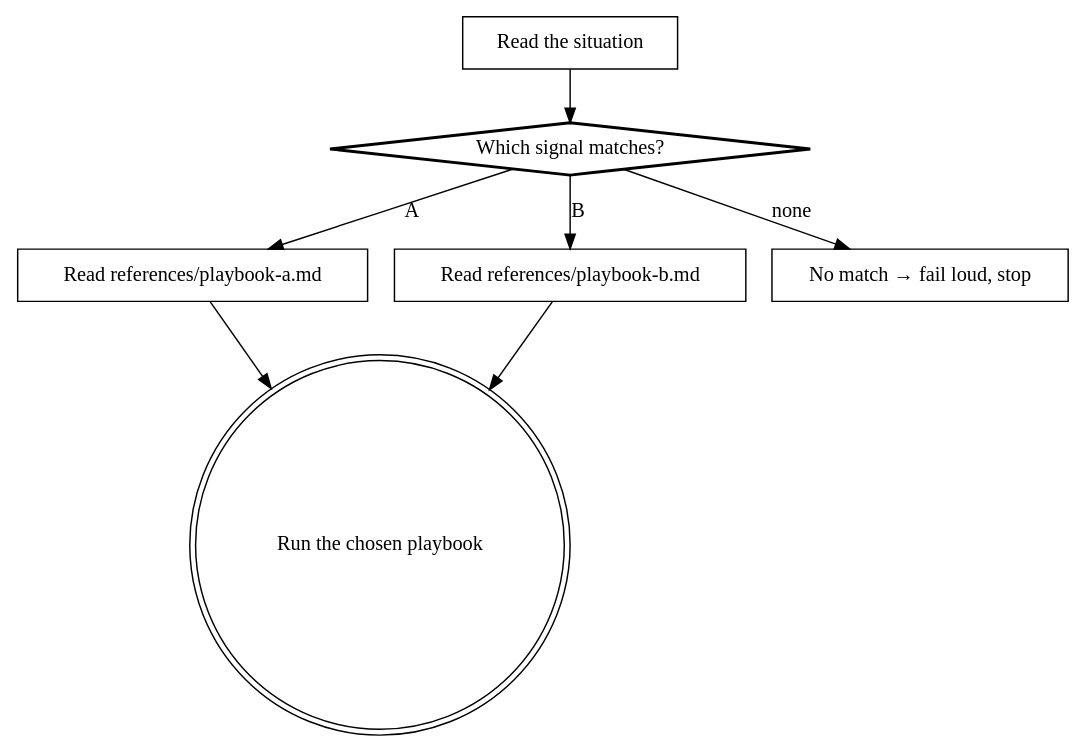
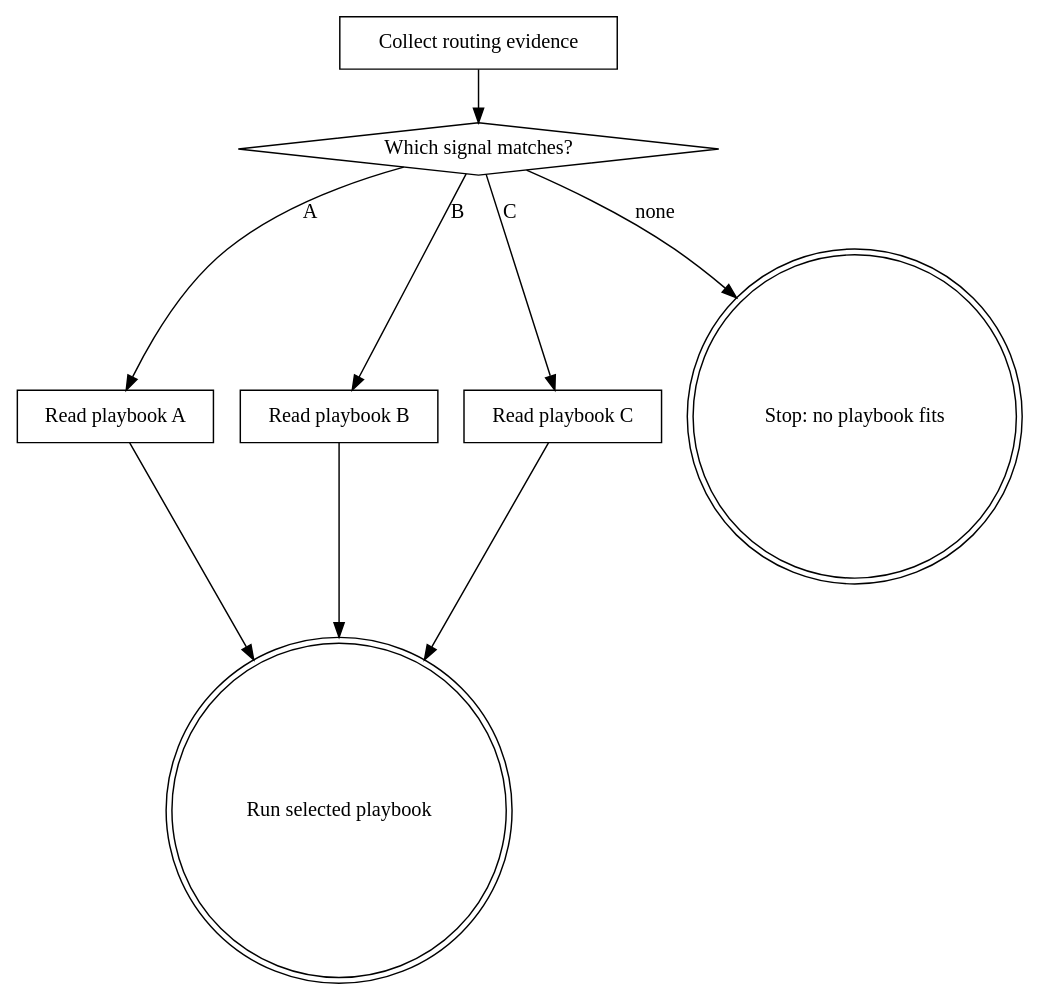
One commit to waynejing995/wayne-taste changed the diagram in wayne-skill-forge/templates/skill-template-router.md. Above: the diagram before and after it, drawn with Graphviz. The commit also changed other lines of this file and 19 other files, not shown here.

````diff
--- a/wayne-skill-forge/templates/skill-template-router.md
+++ b/wayne-skill-forge/templates/skill-template-router.md
@@ -54,19 +28,22 @@
 ```dot
 digraph <name> {
     rankdir=TB;
 
-    "Read the situation" [shape=box];
-    "Which signal matches?" [shape=diamond, style=bold];
-    "Read references/playbook-a.md" [shape=box];
-    "Read references/playbook-b.md" [shape=box];
-    "No match → fail loud, stop" [shape=box];
-    "Run the chosen playbook" [shape=doublecircle];
+    A [label="Collect routing evidence", shape=box];
+    B [label="Which signal matches?", shape=diamond];
+    C [label="Read playbook A", shape=box];
+    D [label="Read playbook B", shape=box];
+    E [label="Read playbook C", shape=box];
+    X [label="Stop: no playbook fits", shape=doublecircle];
+    G [label="Run selected playbook", shape=doublecircle];
 
-    "Read the situation" -> "Which signal matches?";
-    "Which signal matches?" -> "Read references/playbook-a.md" [label="A"];
-    "Which signal matches?" -> "Read references/playbook-b.md" [label="B"];
-    "Which signal matches?" -> "No match → fail loud, stop" [label="none"];
-    "Read references/playbook-a.md" -> "Run the chosen playbook";
-    "Read references/playbook-b.md" -> "Run the chosen playbook";
+    A -> B;
+    B -> C [label="A"];
+    B -> D [label="B"];
+    B -> E [label="C"];
+    B -> X [label="none"];
+    C -> G;
+    D -> G;
+    E -> G;
 }
 ```
````
